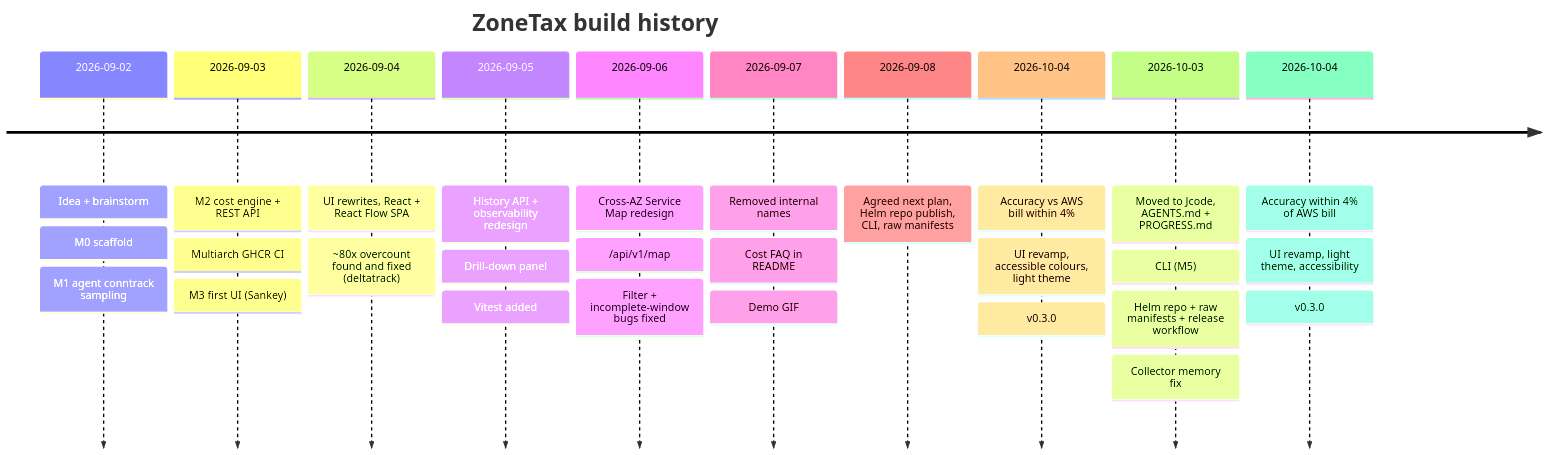
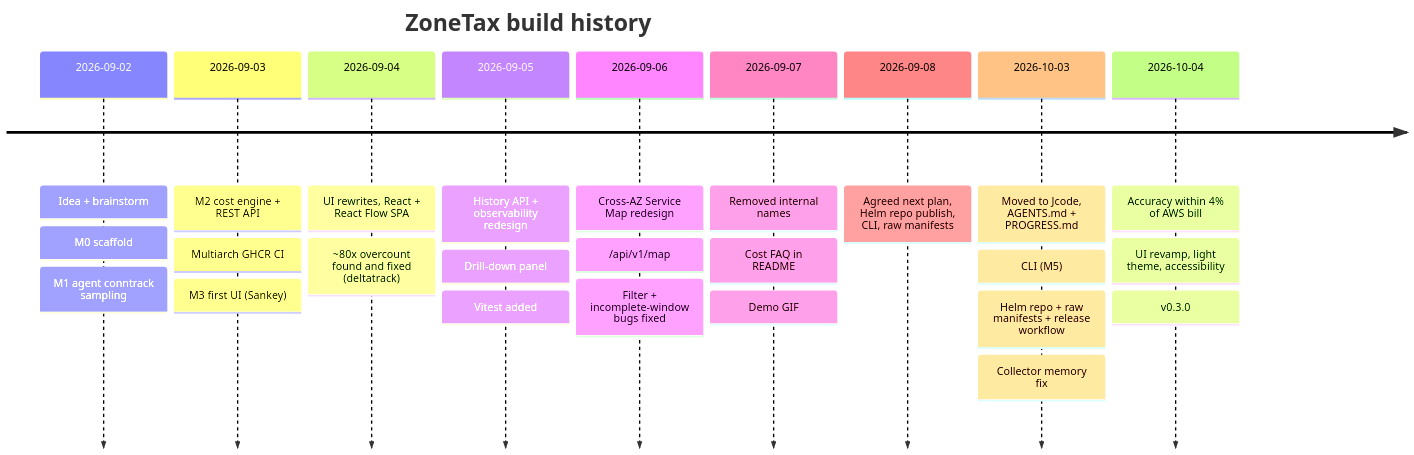
The diagram in docs/PROGRESS.md (gargkrishna730/zonetax), drawn with Mermaid before and after one commit.

Commit message:
PROGRESS: fix duplicate timeline row

````diff
--- a/docs/PROGRESS.md
+++ b/docs/PROGRESS.md
@@ -8,14 +8,13 @@
 ```mermaid
 timeline
   title ZoneTax build history
   2026-09-02 : Idea + brainstorm : M0 scaffold : M1 agent conntrack sampling
   2026-09-03 : M2 cost engine + REST API : Multiarch GHCR CI : M3 first UI (Sankey)
   2026-09-04 : UI rewrites, React + React Flow SPA : ~80x overcount found and fixed (deltatrack)
   2026-09-05 : History API + observability redesign : Drill-down panel : Vitest added
   2026-09-06 : Cross-AZ Service Map redesign : /api/v1/map : Filter + incomplete-window bugs fixed
   2026-09-07 : Removed internal names : Cost FAQ in README : Demo GIF
   2026-09-08 : Agreed next plan, Helm repo publish, CLI, raw manifests
-  2026-10-04 : Accuracy vs AWS bill within 4% : UI revamp, accessible colours, light theme : v0.3.0
   2026-10-03 : Moved to Jcode, AGENTS.md + PROGRESS.md : CLI (M5) : Helm repo + raw manifests + release workflow : Collector memory fix
   2026-10-04 : Accuracy within 4% of AWS bill : UI revamp, light theme, accessibility : v0.3.0
 ```
````
